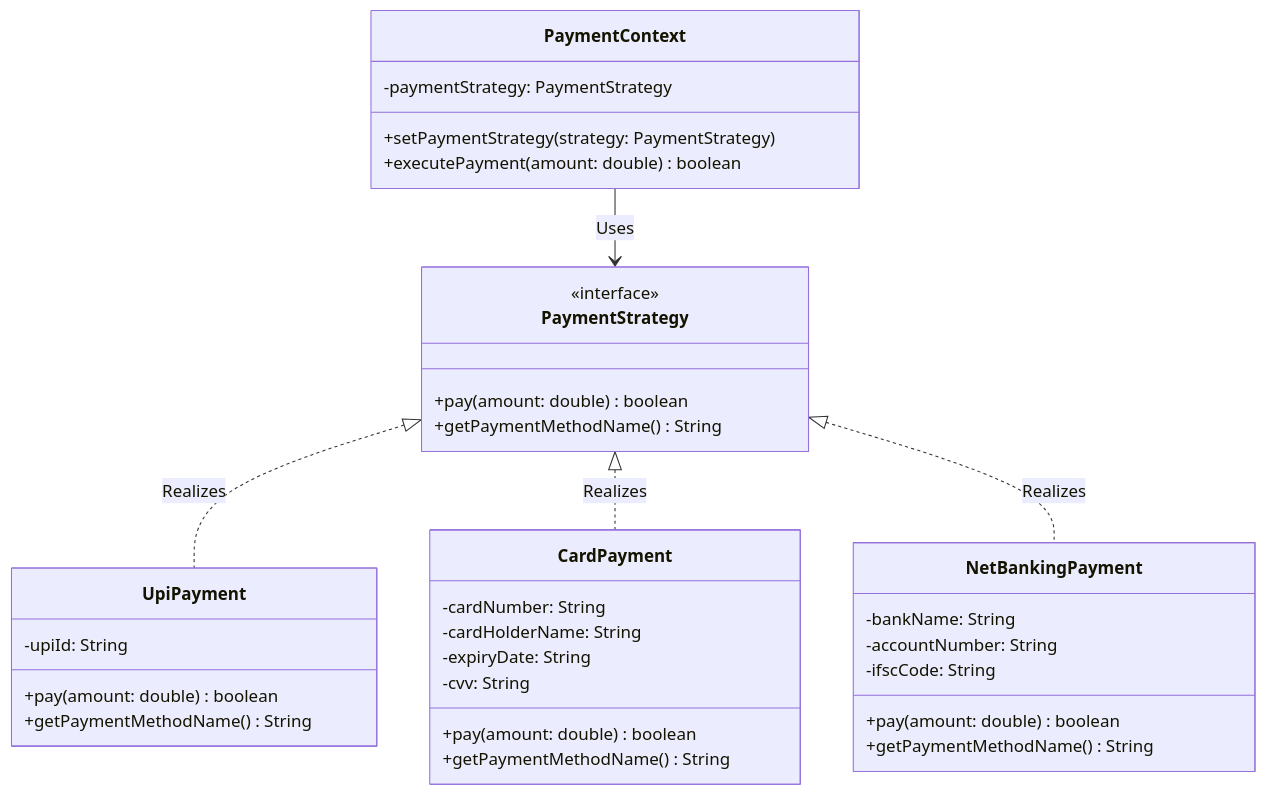
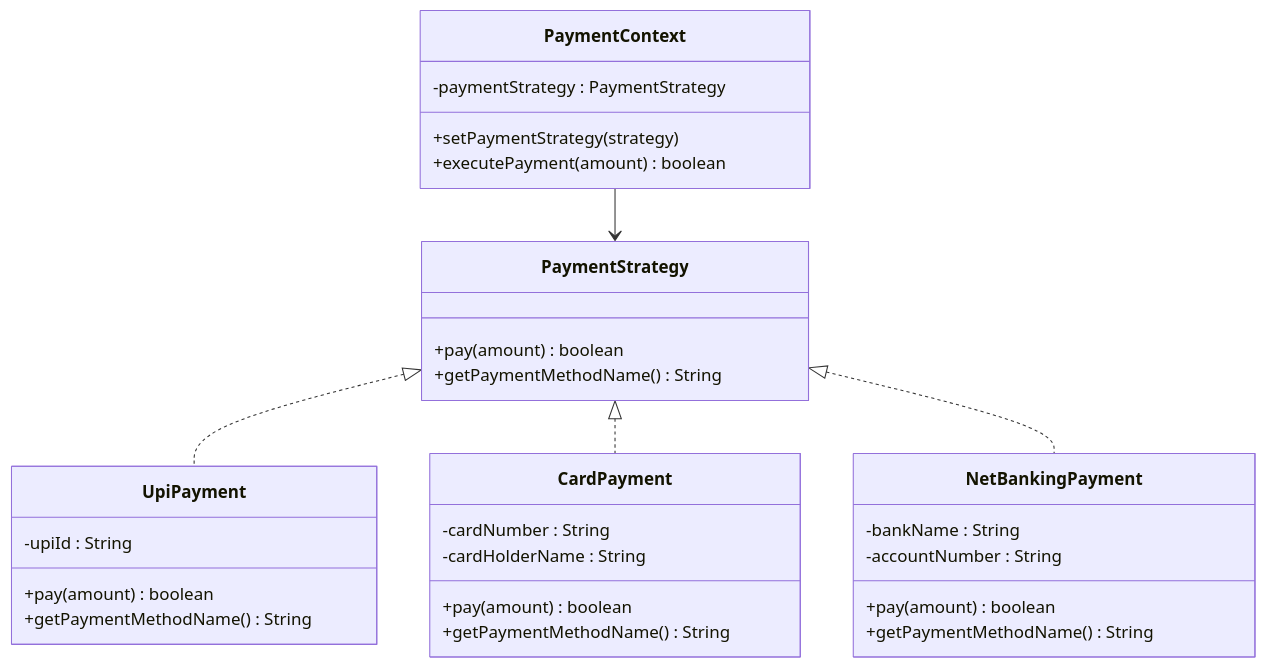
One commit to uttams237/oopsAndLLD changed the diagram in design-patterns/behavioral/strategy/README.md. Above: the diagram before and after it, drawn with Mermaid. The commit also changed 5 other files, not shown here.

Commit message:
Simplify all Mermaid diagrams for GitHub compatibility

````diff
--- a/design-patterns/behavioral/strategy/README.md
+++ b/design-patterns/behavioral/strategy/README.md
@@ -58,42 +58,38 @@
 ```mermaid
 classDiagram
     class PaymentStrategy {
-        <<interface>>
-        +pay(amount: double) boolean
+        +pay(amount) boolean
         +getPaymentMethodName() String
     }
 
     class UpiPayment {
-        -upiId: String
-        +pay(amount: double) boolean
+        -upiId : String
+        +pay(amount) boolean
         +getPaymentMethodName() String
     }
 
     class CardPayment {
-        -cardNumber: String
-        -cardHolderName: String
-        -expiryDate: String
-        -cvv: String
-        +pay(amount: double) boolean
+        -cardNumber : String
+        -cardHolderName : String
+        +pay(amount) boolean
         +getPaymentMethodName() String
     }
 
     class NetBankingPayment {
-        -bankName: String
-        -accountNumber: String
-        -ifscCode: String
-        +pay(amount: double) boolean
+        -bankName : String
+        -accountNumber : String
+        +pay(amount) boolean
         +getPaymentMethodName() String
     }
 
     class PaymentContext {
-        -paymentStrategy: PaymentStrategy
-        +setPaymentStrategy(strategy: PaymentStrategy)
-        +executePayment(amount: double) boolean
+        -paymentStrategy : PaymentStrategy
+        +setPaymentStrategy(strategy)
+        +executePayment(amount) boolean
     }
 
-    PaymentStrategy <|.. UpiPayment : Realizes
-    PaymentStrategy <|.. CardPayment : Realizes
-    PaymentStrategy <|.. NetBankingPayment : Realizes
-    PaymentContext --> PaymentStrategy : Uses
+    PaymentStrategy <|.. UpiPayment
+    PaymentStrategy <|.. CardPayment
+    PaymentStrategy <|.. NetBankingPayment
+    PaymentContext --> PaymentStrategy
 ```
````
